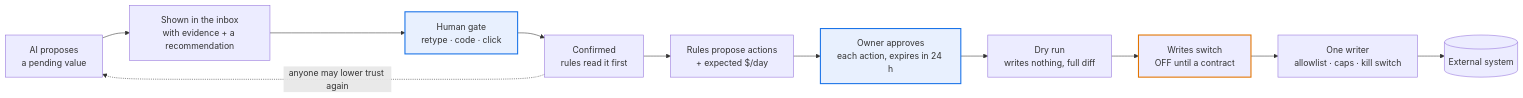
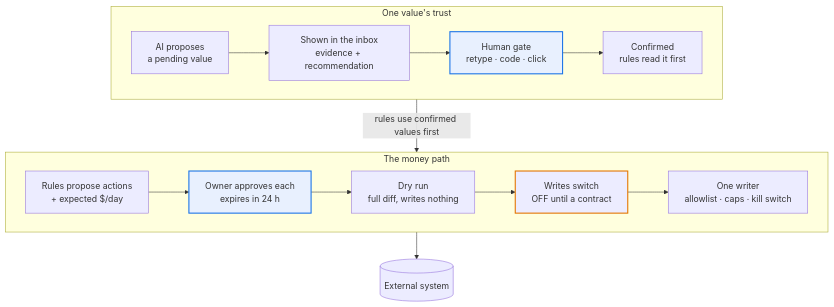
Before and after one commit to thaddeus-growth/Agent-Harness-playbook: the fourth of 6 diagrams in README.md, drawn with Mermaid. The commit also changed other lines of this file, not shown here.

Commit message:
README: trust and data-layer diagrams in stacked rows

````diff
--- a/README.md
+++ b/README.md
@@ -100,15 +100,15 @@
 ```mermaid
-flowchart LR
-    P["AI proposes<br/>a pending value"] --> S["Shown in the inbox<br/>with evidence + a recommendation"]
-    S --> H["Human gate<br/>retype · code · click"]:::owner
-    H --> C["Confirmed<br/>rules read it first"]
-    C -. "anyone may lower trust again" .-> P
-    C --> R["Rules propose actions<br/>+ expected $/day"]
-    R --> AP["Owner approves<br/>each action, expires in 24 h"]:::owner
-    AP --> D["Dry run<br/>writes nothing, full diff"]
-    D --> SW["Writes switch<br/>OFF until a contract"]:::off
-    SW --> W["One writer<br/>allowlist · caps · kill switch"]
-    W --> EXT[(External system)]
+flowchart TB
+    subgraph T["One value's trust"]
+      direction LR
+      P["AI proposes<br/>a pending value"] --> S["Shown in the inbox<br/>evidence + recommendation"] --> H["Human gate<br/>retype · code · click"]:::owner --> C["Confirmed<br/>rules read it first"]
+    end
+    subgraph MP["The money path"]
+      direction LR
+      R["Rules propose actions<br/>+ expected $/day"] --> AP["Owner approves each<br/>expires in 24 h"]:::owner --> D["Dry run<br/>full diff, writes nothing"] --> SW["Writes switch<br/>OFF until a contract"]:::off --> W["One writer<br/>allowlist · caps · kill switch"]
+    end
+    T -- "rules use confirmed values first" --> MP
+    MP --> EXT[(External system)]
     classDef owner fill:#e8f0fe,stroke:#1a73e8,stroke-width:2px
     classDef off stroke:#e37400,stroke-width:2px
 ```
````
